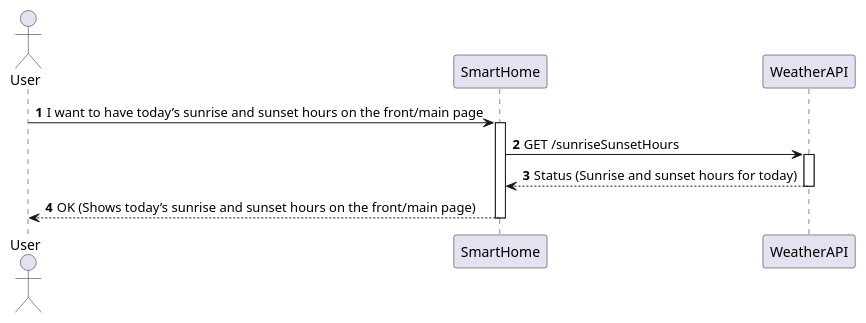
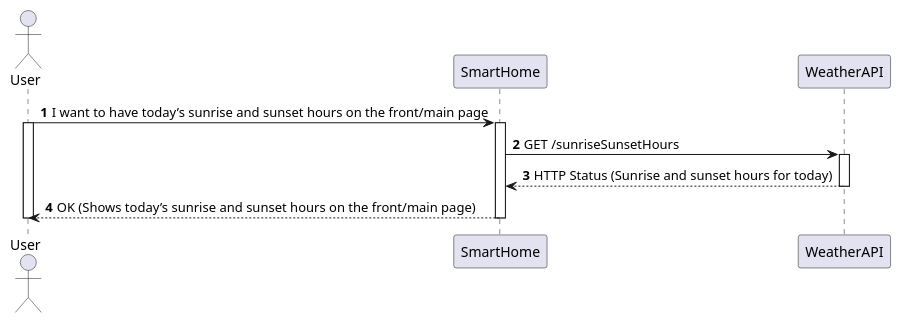
Before and after one commit to olivDiogo/SmartHome: the diagram in docs/ooa/C4_4plus1_models/Level1/ProcessView/ProcessViewLevel1_UC17.puml, drawn with PlantUML. The commit also changed 18 other files, not shown here.

```diff
--- a/docs/ooa/C4_4plus1_models/Level1/ProcessView/ProcessViewLevel1_UC17.puml
+++ b/docs/ooa/C4_4plus1_models/Level1/ProcessView/ProcessViewLevel1_UC17.puml
@@ -1,25 +1,27 @@
 @startuml
 'https://plantuml.com/sequence-diagram
 !pragma layout smetana
 
 autonumber
 actor "User" as User
 
 participant "SmartHome" as SmartHome
 participant "WeatherAPI" as WeatherAPI
 
 User -> SmartHome : I want to have today’s sunrise and sunset hours on the front/main page
 activate SmartHome
+activate User
 
 SmartHome -> WeatherAPI : GET /sunriseSunsetHours
 activate WeatherAPI
-WeatherAPI --> SmartHome : Status (Sunrise and sunset hours for today)
+WeatherAPI --> SmartHome : HTTP Status (Sunrise and sunset hours for today)
 deactivate WeatherAPI
 
 SmartHome --> User : OK (Shows today’s sunrise and sunset hours on the front/main page)
 deactivate SmartHome
+deactivate User
 
 
 
 
 @enduml
```
